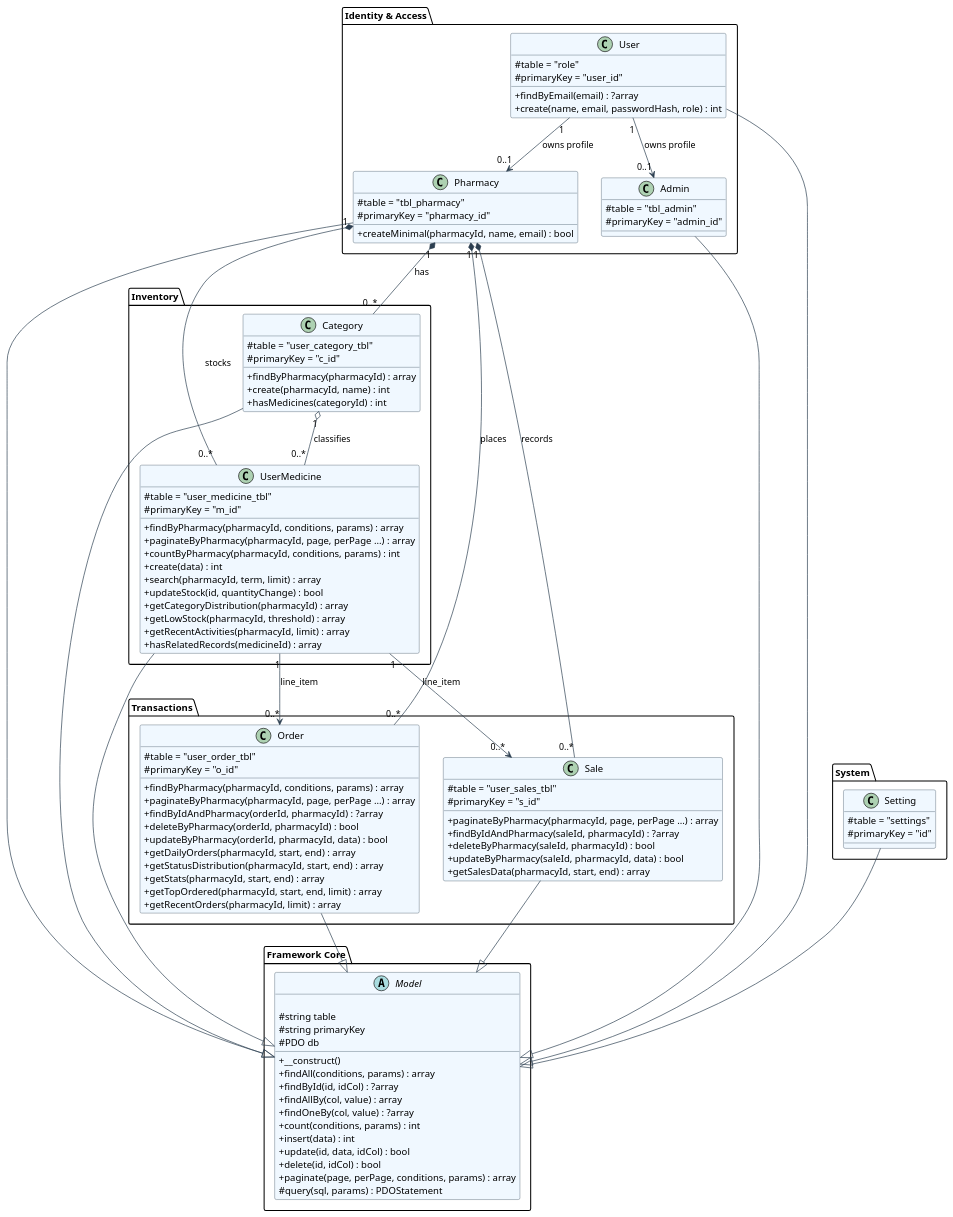
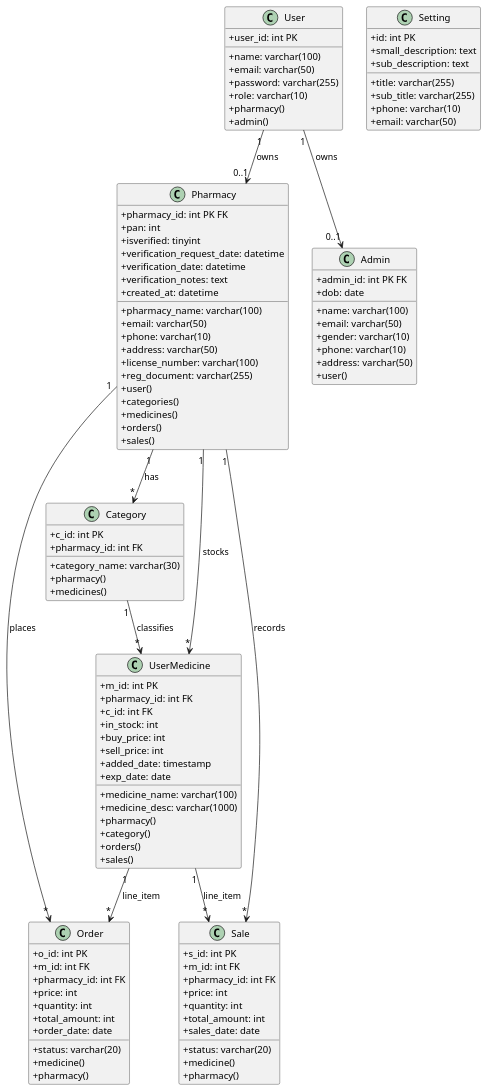
The first of 9 diagrams in docs/diagrams.md (RibeshMaharjan/MedVault), drawn with PlantUML before and after one commit. The commit also changed other lines of this file, not shown here.

Commit message:
refactor(state-diagram): remove verification block, shorten labels, trim duplicate features

````diff
--- a/docs/diagrams.md
+++ b/docs/diagrams.md
@@ -11,131 +11,119 @@
 ```plantuml
 @startuml
-skinparam class {
-    BackgroundColor #F0F8FF
-    BorderColor #2C3E50
-    ArrowColor #2C3E50
-}
 skinparam classAttributeIconSize 0
 top to bottom direction
 
-package "Framework Core" {
-    abstract class Model {
-        {abstract}
-        # string table
-        # string primaryKey
-        # PDO db
-        + __construct()
-        + findAll(conditions, params) : array
-        + findById(id, idCol) : ?array
-        + findAllBy(col, value) : array
-        + findOneBy(col, value) : ?array
-        + count(conditions, params) : int
-        + insert(data) : int
-        + update(id, data, idCol) : bool
-        + delete(id, idCol) : bool
-        + paginate(page, perPage, conditions, params) : array
-        # query(sql, params) : PDOStatement
-    }
+class User {
+    +user_id: int PK
+    +name: varchar(100)
+    +email: varchar(50)
+    +password: varchar(255)
+    +role: varchar(10)
+    +pharmacy()
+    +admin()
 }
 
-package "Identity & Access" {
-    class User {
-        # table = "role"
-        # primaryKey = "user_id"
-        + findByEmail(email) : ?array
-        + create(name, email, passwordHash, role) : int
-    }
-
-    class Pharmacy {
-        # table = "tbl_pharmacy"
-        # primaryKey = "pharmacy_id"
-        + createMinimal(pharmacyId, name, email) : bool
-    }
-
-    class Admin {
-        # table = "tbl_admin"
-        # primaryKey = "admin_id"
-    }
+class Pharmacy {
+    +pharmacy_id: int PK FK
+    +pan: int
+    +pharmacy_name: varchar(100)
+    +email: varchar(50)
+    +phone: varchar(10)
+    +address: varchar(50)
+    +isverified: tinyint
+    +verification_request_date: datetime
+    +verification_date: datetime
+    +license_number: varchar(100)
+    +reg_document: varchar(255)
+    +verification_notes: text
+    +created_at: datetime
+    +user()
+    +categories()
+    +medicines()
+    +orders()
+    +sales()
 }
 
-package "Inventory" {
-    class Category {
-        # table = "user_category_tbl"
-        # primaryKey = "c_id"
-        + findByPharmacy(pharmacyId) : array
-        + create(pharmacyId, name) : int
-        + hasMedicines(categoryId) : int
-    }
-
-    class UserMedicine {
-        # table = "user_medicine_tbl"
-        # primaryKey = "m_id"
-        + findByPharmacy(pharmacyId, conditions, params) : array
-        + paginateByPharmacy(pharmacyId, page, perPage ...) : array
-        + countByPharmacy(pharmacyId, conditions, params) : int
-        + create(data) : int
-        + search(pharmacyId, term, limit) : array
-        + updateStock(id, quantityChange) : bool
-        + getCategoryDistribution(pharmacyId) : array
-        + getLowStock(pharmacyId, threshold) : array
-        + getRecentActivities(pharmacyId, limit) : array
-        + hasRelatedRecords(medicineId) : array
-    }
+class Admin {
+    +admin_id: int PK FK
+    +name: varchar(100)
+    +email: varchar(50)
+    +gender: varchar(10)
+    +phone: varchar(10)
+    +dob: date
+    +address: varchar(50)
+    +user()
 }
 
-package "Transactions" {
-    class Order {
-        # table = "user_order_tbl"
-        # primaryKey = "o_id"
-        + findByPharmacy(pharmacyId, conditions, params) : array
-        + paginateByPharmacy(pharmacyId, page, perPage ...) : array
-        + findByIdAndPharmacy(orderId, pharmacyId) : ?array
-        + deleteByPharmacy(orderId, pharmacyId) : bool
-        + updateByPharmacy(orderId, pharmacyId, data) : bool
-        + getDailyOrders(pharmacyId, start, end) : array
-        + getStatusDistribution(pharmacyId, start, end) : array
-        + getStats(pharmacyId, start, end) : array
-        + getTopOrdered(pharmacyId, start, end, limit) : array
-        + getRecentOrders(pharmacyId, limit) : array
-    }
-
-    class Sale {
-        # table = "user_sales_tbl"
-        # primaryKey = "s_id"
-        + paginateByPharmacy(pharmacyId, page, perPage ...) : array
-        + findByIdAndPharmacy(saleId, pharmacyId) : ?array
-        + deleteByPharmacy(saleId, pharmacyId) : bool
-        + updateByPharmacy(saleId, pharmacyId, data) : bool
-        + getSalesData(pharmacyId, start, end) : array
-    }
+class Category {
+    +c_id: int PK
+    +pharmacy_id: int FK
+    +category_name: varchar(30)
+    +pharmacy()
+    +medicines()
 }
 
-package "System" {
-    class Setting {
-        # table = "settings"
-        # primaryKey = "id"
-    }
+class UserMedicine {
+    +m_id: int PK
+    +pharmacy_id: int FK
+    +medicine_name: varchar(100)
+    +medicine_desc: varchar(1000)
+    +c_id: int FK
+    +in_stock: int
+    +buy_price: int
+    +sell_price: int
+    +added_date: timestamp
+    +exp_date: date
+    +pharmacy()
+    +category()
+    +orders()
+    +sales()
 }
 
-' Inheritance
-User --|> Model
-Pharmacy --|> Model
-Admin --|> Model
-Category --|> Model
-UserMedicine --|> Model
-Order --|> Model
-Sale --|> Model
-Setting --|> Model
+class Order {
+    +o_id: int PK
+    +m_id: int FK
+    +pharmacy_id: int FK
+    +price: int
+    +quantity: int
+    +total_amount: int
+    +status: varchar(20)
+    +order_date: date
+    +medicine()
+    +pharmacy()
+}
 
-' Relationships
-User "1" --> "0..1" Pharmacy : owns profile
-User "1" --> "0..1" Admin : owns profile
-Pharmacy "1" *-- "0..*" Category : has
-Pharmacy "1" *-- "0..*" UserMedicine : stocks
-Pharmacy "1" *-- "0..*" Order : places
-Pharmacy "1" *-- "0..*" Sale : records
-Category "1" o-- "0..*" UserMedicine : classifies
-UserMedicine "1" --> "0..*" Order : line_item
-UserMedicine "1" --> "0..*" Sale : line_item
+class Sale {
+    +s_id: int PK
+    +m_id: int FK
+    +pharmacy_id: int FK
+    +price: int
+    +quantity: int
+    +total_amount: int
+    +status: varchar(20)
+    +sales_date: date
+    +medicine()
+    +pharmacy()
+}
+
+class Setting {
+    +id: int PK
+    +title: varchar(255)
+    +small_description: text
+    +sub_title: varchar(255)
+    +sub_description: text
+    +phone: varchar(10)
+    +email: varchar(50)
+}
+
+User "1" --> "0..1" Pharmacy : owns
+User "1" --> "0..1" Admin : owns
+Pharmacy "1" --> "*" Category : has
+Pharmacy "1" --> "*" UserMedicine : stocks
+Pharmacy "1" --> "*" Order : places
+Pharmacy "1" --> "*" Sale : records
+Category "1" --> "*" UserMedicine : classifies
+UserMedicine "1" --> "*" Order : line_item
+UserMedicine "1" --> "*" Sale : line_item
 @enduml
 ```
````
